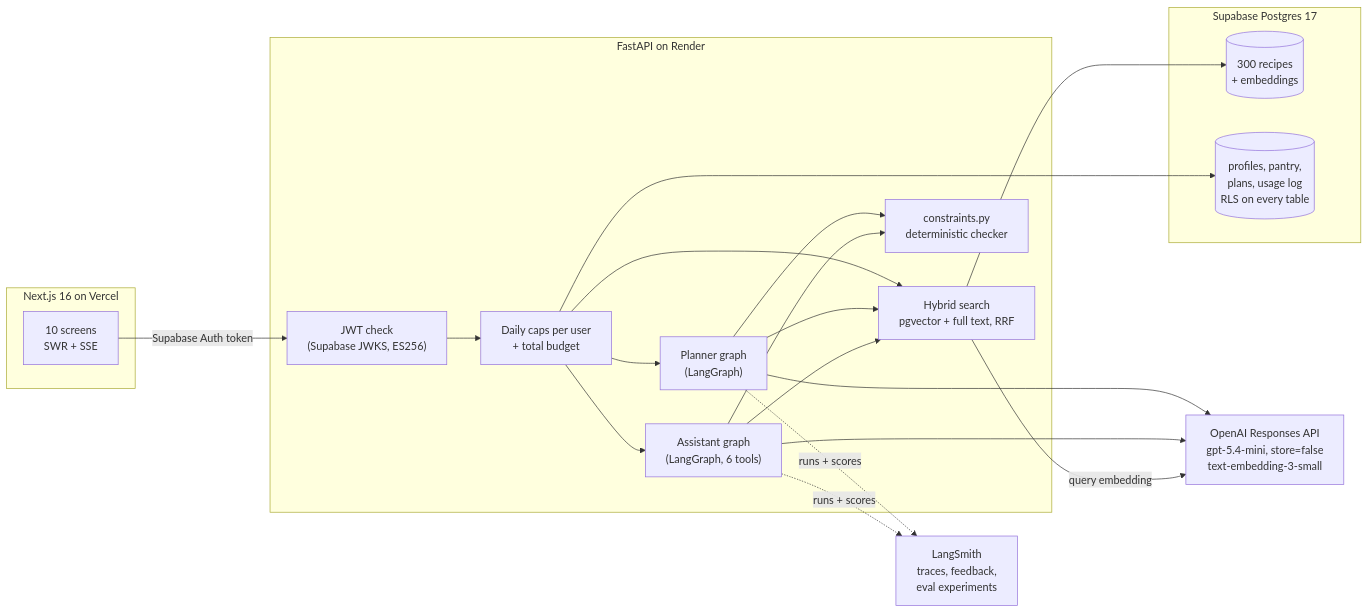
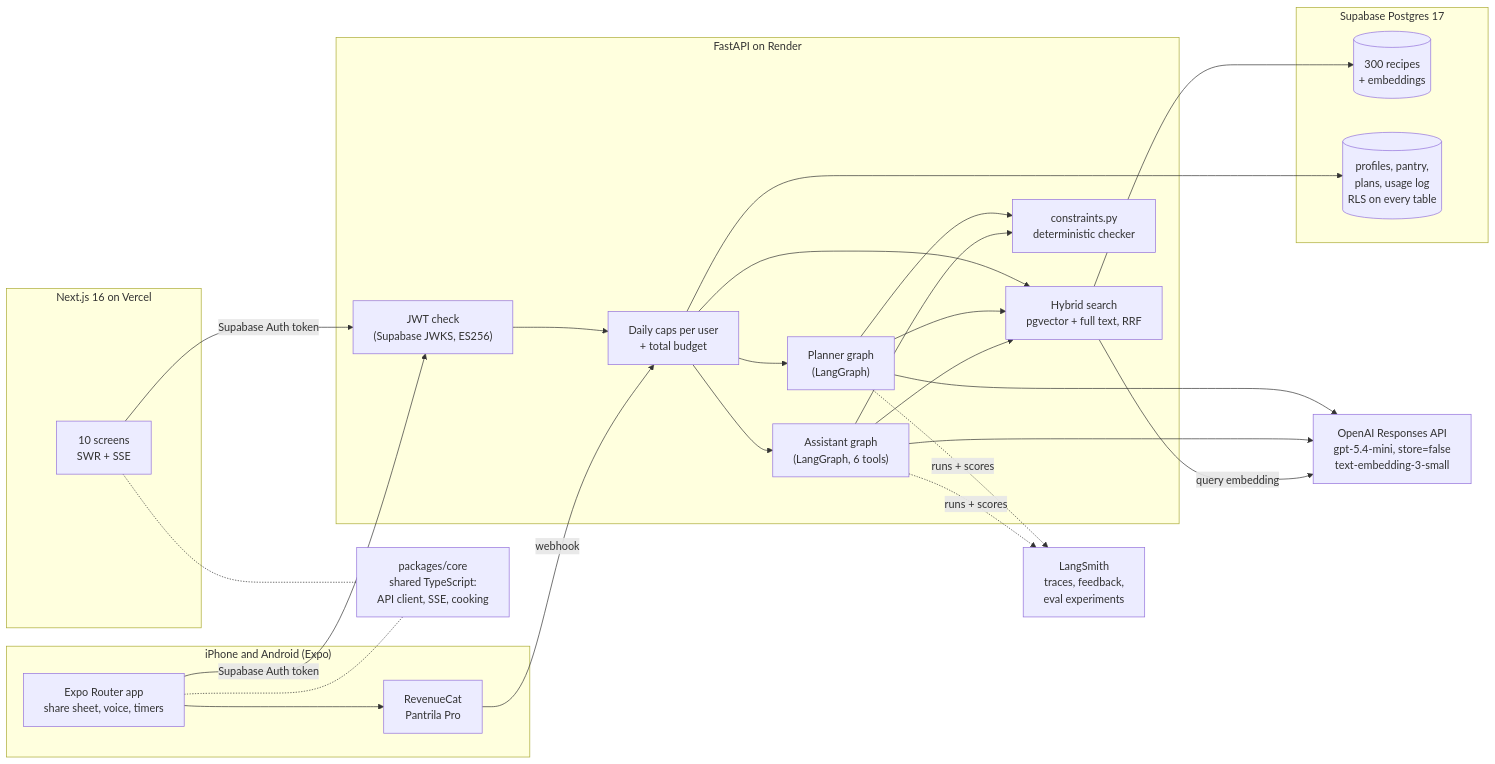
One commit to mikegauci/pantrila changed the first of 2 diagrams in README.md. Above: the diagram before and after it, drawn with Mermaid. The commit also changed other lines of this file and 2 other files, not shown here.

Commit message:
README and demo script cover the phone apps

````diff
--- a/README.md
+++ b/README.md
@@ -49,32 +49,41 @@
 ```mermaid
 flowchart LR
     subgraph Web["Next.js 16 on Vercel"]
         UI["10 screens<br/>SWR + SSE"]
     end
+    subgraph Phone["iPhone and Android (Expo)"]
+        App["Expo Router app<br/>share sheet, voice, timers"]
+        RC["RevenueCat<br/>Pantrila Pro"]
+    end
+    Core["packages/core<br/>shared TypeScript:<br/>API client, SSE, cooking"]
     subgraph API["FastAPI on Render"]
         Auth["JWT check<br/>(Supabase JWKS, ES256)"]
         Caps["Daily caps per user<br/>+ total budget"]
         Search["Hybrid search<br/>pgvector + full text, RRF"]
         Planner["Planner graph<br/>(LangGraph)"]
         Chat["Assistant graph<br/>(LangGraph, 6 tools)"]
         Rules["constraints.py<br/>deterministic checker"]
     end
     subgraph Data["Supabase Postgres 17"]
         Recipes[("300 recipes<br/>+ embeddings")]
         User[("profiles, pantry,<br/>plans, usage log<br/>RLS on every table")]
     end
     OpenAI["OpenAI Responses API<br/>gpt-5.4-mini, store=false<br/>text-embedding-3-small"]
     LS["LangSmith<br/>traces, feedback,<br/>eval experiments"]
 
     UI -- "Supabase Auth token" --> Auth --> Caps
+    App -- "Supabase Auth token" --> Auth
+    UI & App -.- Core
+    App --> RC
+    RC -- "webhook" --> Caps
     Caps --> Search & Planner & Chat
     Planner --> Search
     Chat --> Search
     Planner --> Rules
     Chat --> Rules
     Search --> Recipes
     Planner & Chat --> OpenAI
     Search -- "query embedding" --> OpenAI
     Caps --> User
     Planner & Chat -. "runs + scores" .-> LS
 ```
````
